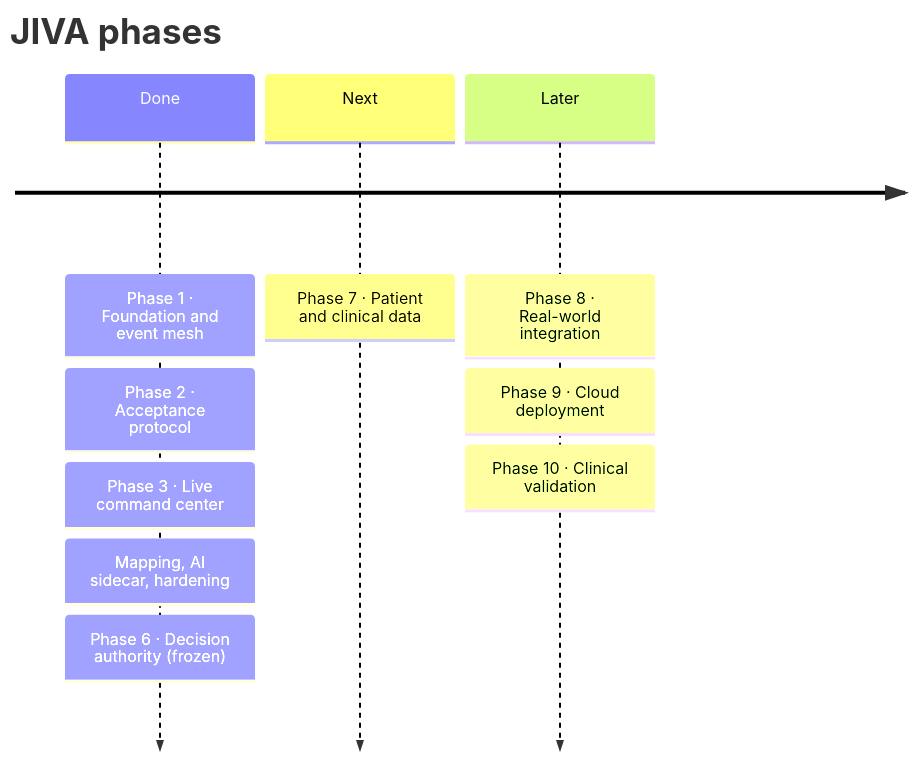
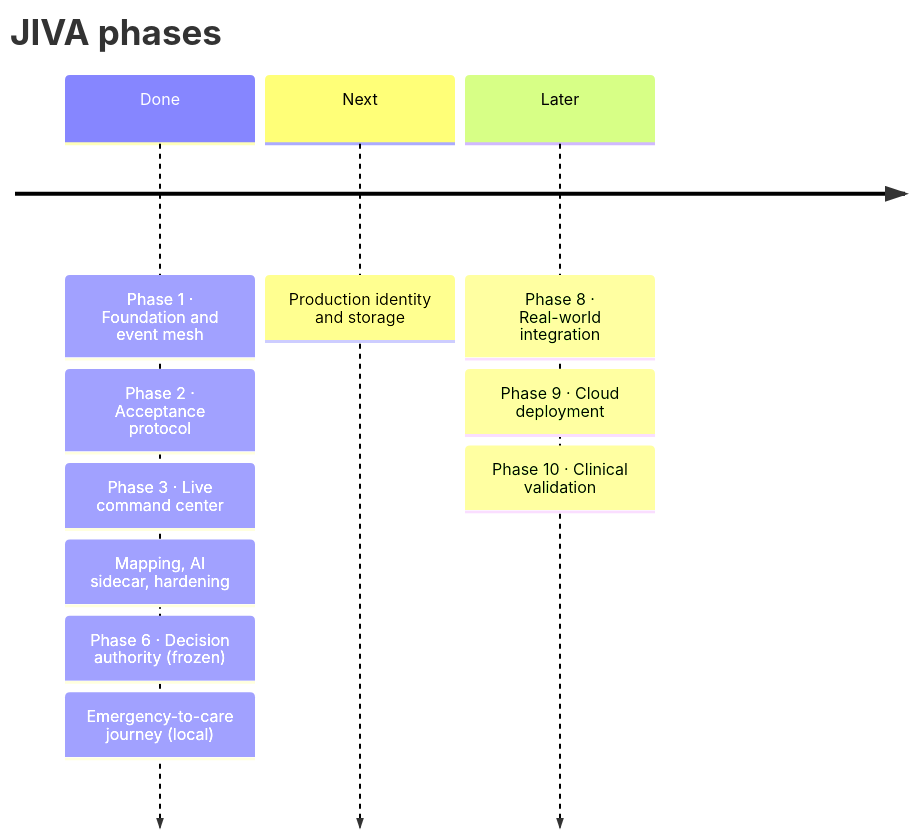
The second of 2 diagrams in README.md (Zynx095/Jiva), drawn with Mermaid before and after one commit. The commit also changed other lines of this file and 3 other files, not shown here.

First line of the commit message:
docs: emergency-to-care reference, README, handoff and final gate record

````diff
--- a/README.md
+++ b/README.md
@@ -179,13 +194,14 @@
 ```mermaid
 timeline
     title JIVA phases
     Done : Phase 1 · Foundation and event mesh
          : Phase 2 · Acceptance protocol
          : Phase 3 · Live command center
          : Mapping, AI sidecar, hardening
          : Phase 6 · Decision authority (frozen)
-    Next : Phase 7 · Patient and clinical data
+         : Emergency-to-care journey (local)
+    Next : Production identity and storage
     Later : Phase 8 · Real-world integration
           : Phase 9 · Cloud deployment
           : Phase 10 · Clinical validation
 ```
````
